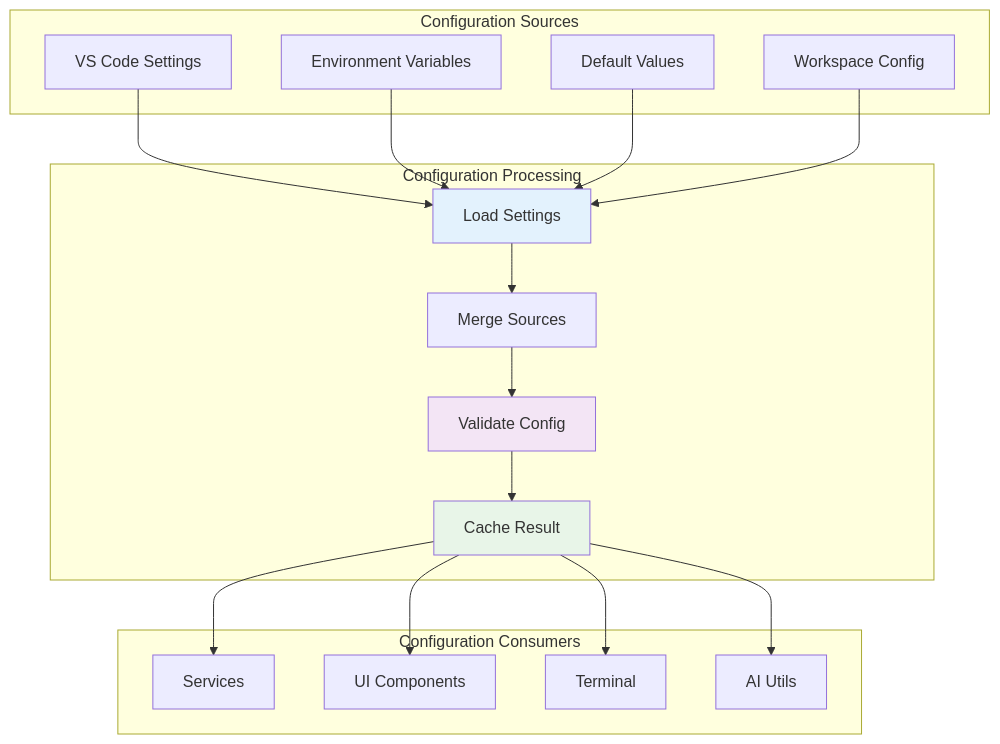
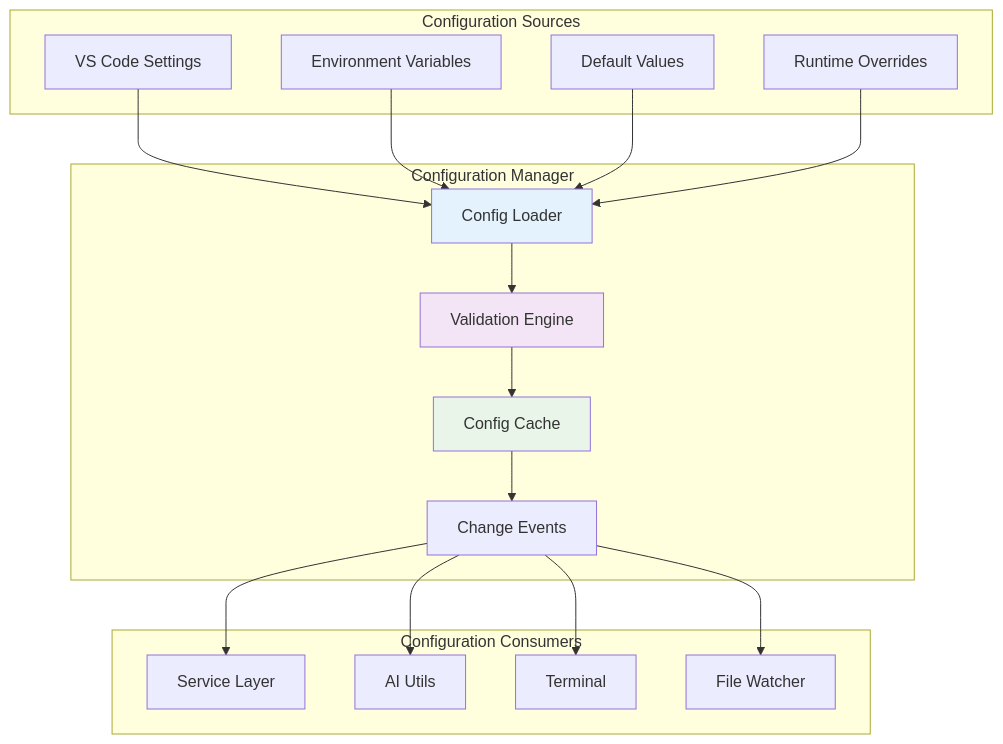
The third of 6 diagrams in gitcue/src/utils/README.md (sbeeredd04/auto-git), drawn with Mermaid before and after one commit. The commit also changed other lines of this file and 9 other files, not shown here.

````diff
--- a/gitcue/src/utils/README.md
+++ b/gitcue/src/utils/README.md
@@ -224,41 +225,41 @@
 ```mermaid
-graph TD
+graph TB
     subgraph "Configuration Sources"
         VSCODE[VS Code Settings]
         ENV[Environment Variables]
-        DEFAULTS[Default Values]
-        WORKSPACE[Workspace Config]
+        DEFAULT[Default Values]
+        RUNTIME[Runtime Overrides]
     end
     
-    subgraph "Configuration Processing"
-        LOAD[Load Settings]
-        MERGE[Merge Sources]
-        VALIDATE[Validate Config]
-        CACHE[Cache Result]
+    subgraph "Configuration Manager"
+        LOADER[Config Loader]
+        VALIDATOR[Validation Engine]
+        CACHE[Config Cache]
+        EVENTS[Change Events]
     end
     
     subgraph "Configuration Consumers"
-        SERVICES[Services]
-        COMPONENTS[UI Components]
+        SERVICES[Service Layer]
+        AI_UTILS[AI Utils]
         TERMINAL[Terminal]
-        AI[AI Utils]
+        WATCHER[File Watcher]
     end
     
-    VSCODE --> LOAD
-    ENV --> LOAD
-    DEFAULTS --> LOAD
-    WORKSPACE --> LOAD
+    VSCODE --> LOADER
+    ENV --> LOADER
+    DEFAULT --> LOADER
+    RUNTIME --> LOADER
     
-    LOAD --> MERGE
-    MERGE --> VALIDATE
-    VALIDATE --> CACHE
+    LOADER --> VALIDATOR
+    VALIDATOR --> CACHE
+    CACHE --> EVENTS
     
-    CACHE --> SERVICES
-    CACHE --> COMPONENTS
-    CACHE --> TERMINAL
-    CACHE --> AI
+    EVENTS --> SERVICES
+    EVENTS --> AI_UTILS
+    EVENTS --> TERMINAL
+    EVENTS --> WATCHER
     
-    style LOAD fill:#e3f2fd
-    style VALIDATE fill:#f3e5f5
+    style LOADER fill:#e3f2fd
+    style VALIDATOR fill:#f3e5f5
     style CACHE fill:#e8f5e8
 ```
````
